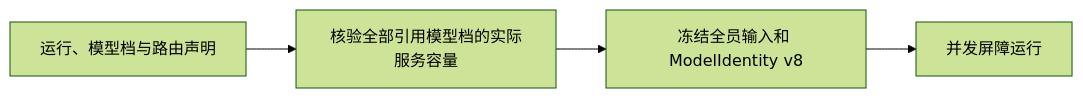
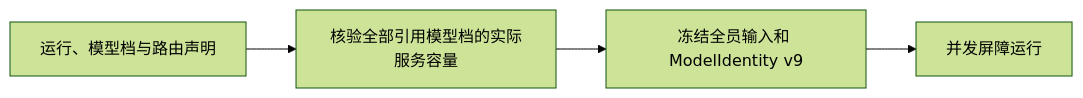
Before and after one commit to HoldThatThgt/WorldMock: the diagram in docs/manual/runtime.md, drawn with Mermaid (forest theme). The commit also changed other lines of this file and 180 other files, not shown here.

````diff
--- a/docs/manual/runtime.md
+++ b/docs/manual/runtime.md
@@ -46,6 +66,6 @@
 ```mermaid
 flowchart LR
     Config["运行、模型档与路由声明"] --> Metadata["核验全部引用模型档的实际服务容量"]
-    Metadata --> Identity["冻结全员输入和 ModelIdentity v8"]
+    Metadata --> Identity["冻结全员输入和 ModelIdentity v9"]
     Identity --> Run["并发屏障运行"]
 ```
````
